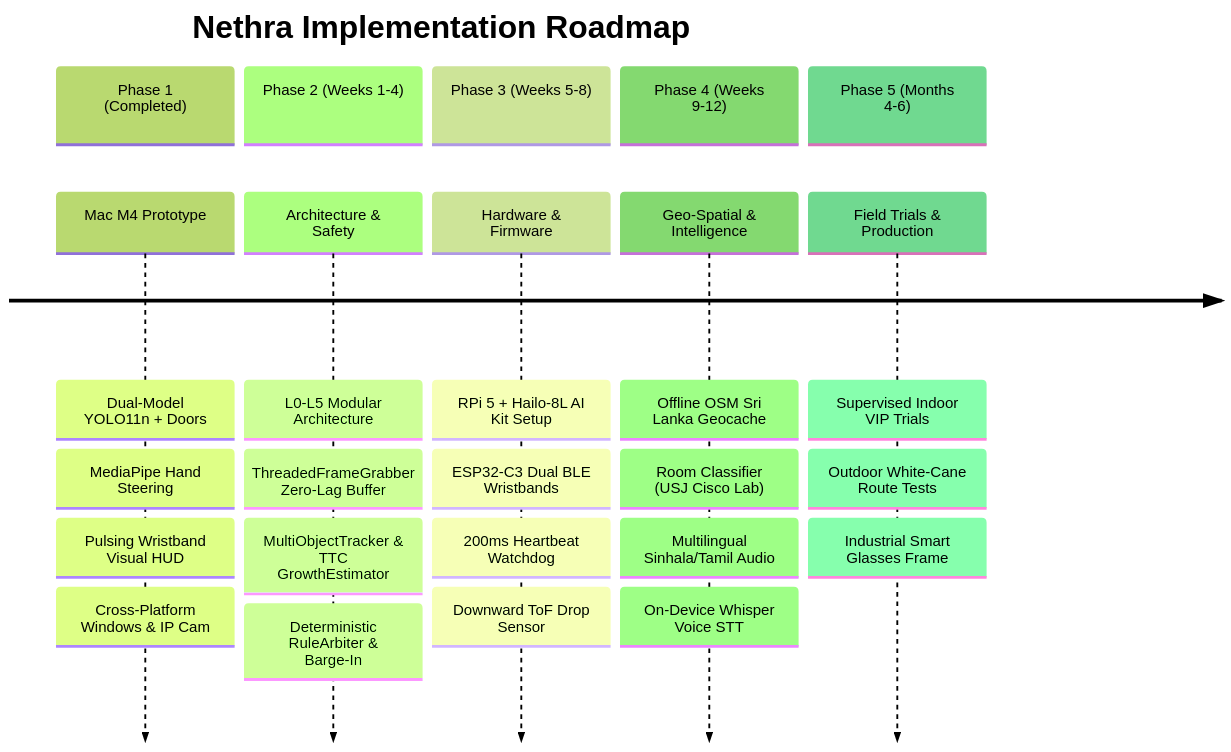
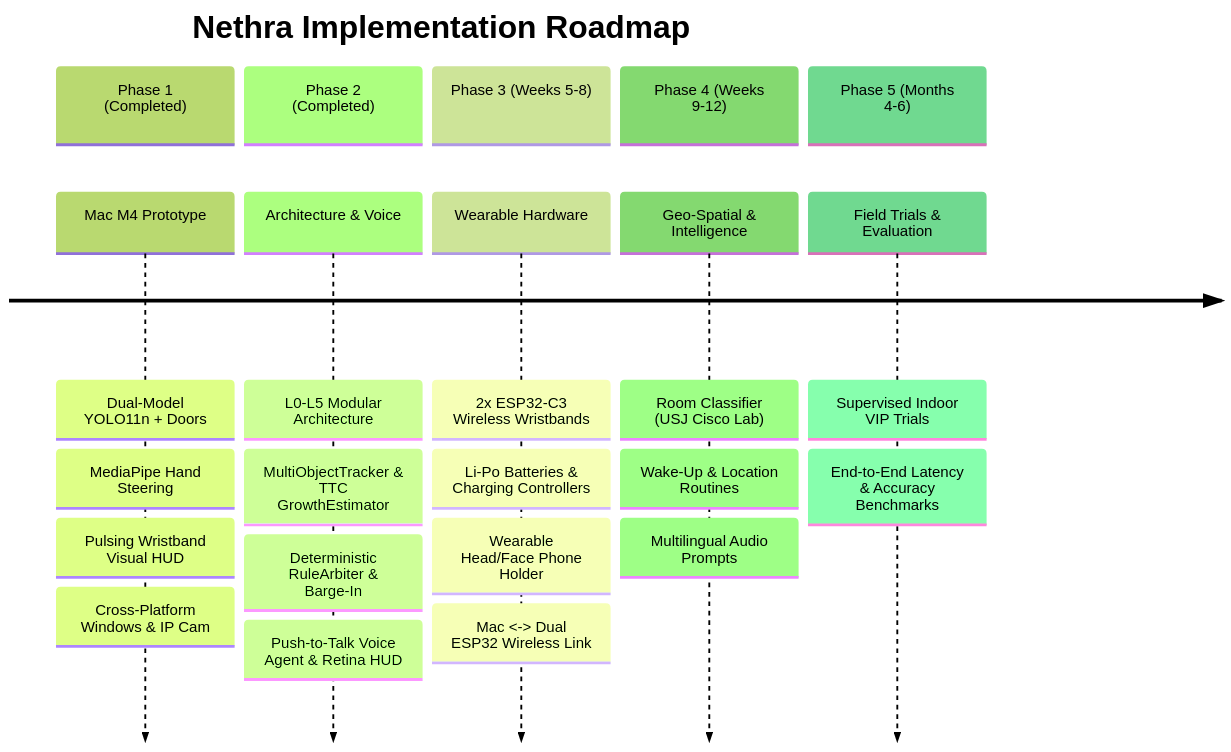
One commit to MahenDulnith/Nethra changed the second of 2 diagrams in docs/MASTER_IMPLEMENTATION_PLAN.md. Above: the diagram before and after it, drawn with Mermaid (forest theme). The commit also changed other lines of this file and 3 other files, not shown here.

Commit message:
fix(hud,docs): resolve HUD banner/tag overlap and align proposal docs with final 2x ESP32-C3 + phone face-mount + Mac architecture

````diff
--- a/docs/MASTER_IMPLEMENTATION_PLAN.md
+++ b/docs/MASTER_IMPLEMENTATION_PLAN.md
@@ -184,28 +184,26 @@
 ```mermaid
 timeline
     title Nethra Implementation Roadmap
     section Phase 1 (Completed)
         Mac M4 Prototype : Dual-Model YOLO11n + Doors
                          : MediaPipe Hand Steering
                          : Pulsing Wristband Visual HUD
                          : Cross-Platform Windows & IP Cam
-    section Phase 2 (Weeks 1-4)
-        Architecture & Safety : L0-L5 Modular Architecture
-                              : ThreadedFrameGrabber Zero-Lag Buffer
-                              : MultiObjectTracker & TTC GrowthEstimator
-                              : Deterministic RuleArbiter & Barge-In
+    section Phase 2 (Completed)
+        Architecture & Voice : L0-L5 Modular Architecture
+                             : MultiObjectTracker & TTC GrowthEstimator
+                             : Deterministic RuleArbiter & Barge-In
+                             : Push-to-Talk Voice Agent & Retina HUD
     section Phase 3 (Weeks 5-8)
-        Hardware & Firmware : RPi 5 + Hailo-8L AI Kit Setup
-                            : ESP32-C3 Dual BLE Wristbands
-                            : 200ms Heartbeat Watchdog
-                            : Downward ToF Drop Sensor
+        Wearable Hardware : 2x ESP32-C3 Wireless Wristbands
+                          : Li-Po Batteries & Charging Controllers
+                          : Wearable Head/Face Phone Holder
+                          : Mac <-> Dual ESP32 Wireless Link
     section Phase 4 (Weeks 9-12)
-        Geo-Spatial & Intelligence : Offline OSM Sri Lanka Geocache
-                                   : Room Classifier (USJ Cisco Lab)
-                                   : Multilingual Sinhala/Tamil Audio
-                                   : On-Device Whisper Voice STT
+        Geo-Spatial & Intelligence : Room Classifier (USJ Cisco Lab)
+                                   : Wake-Up & Location Routines
+                                   : Multilingual Audio Prompts
     section Phase 5 (Months 4-6)
-        Field Trials & Production : Supervised Indoor VIP Trials
-                                  : Outdoor White-Cane Route Tests
-                                  : Industrial Smart Glasses Frame
+        Field Trials & Evaluation : Supervised Indoor VIP Trials
+                                  : End-to-End Latency & Accuracy Benchmarks
 ```
````
